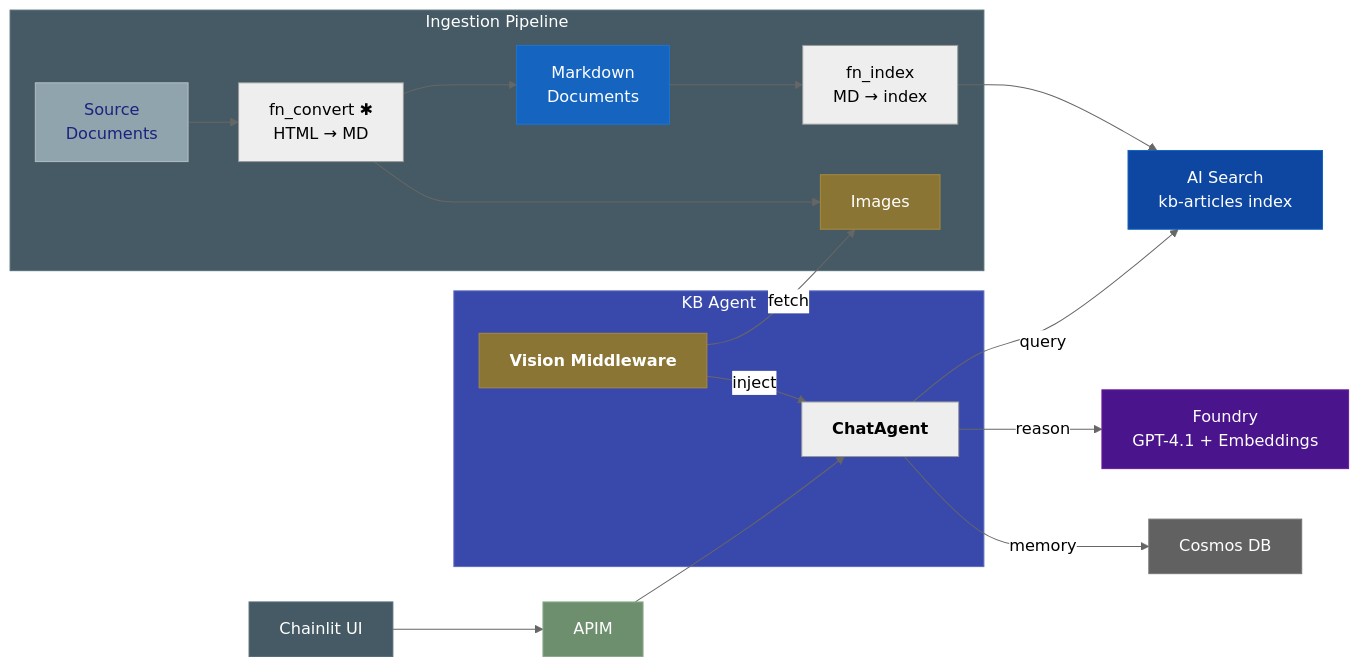
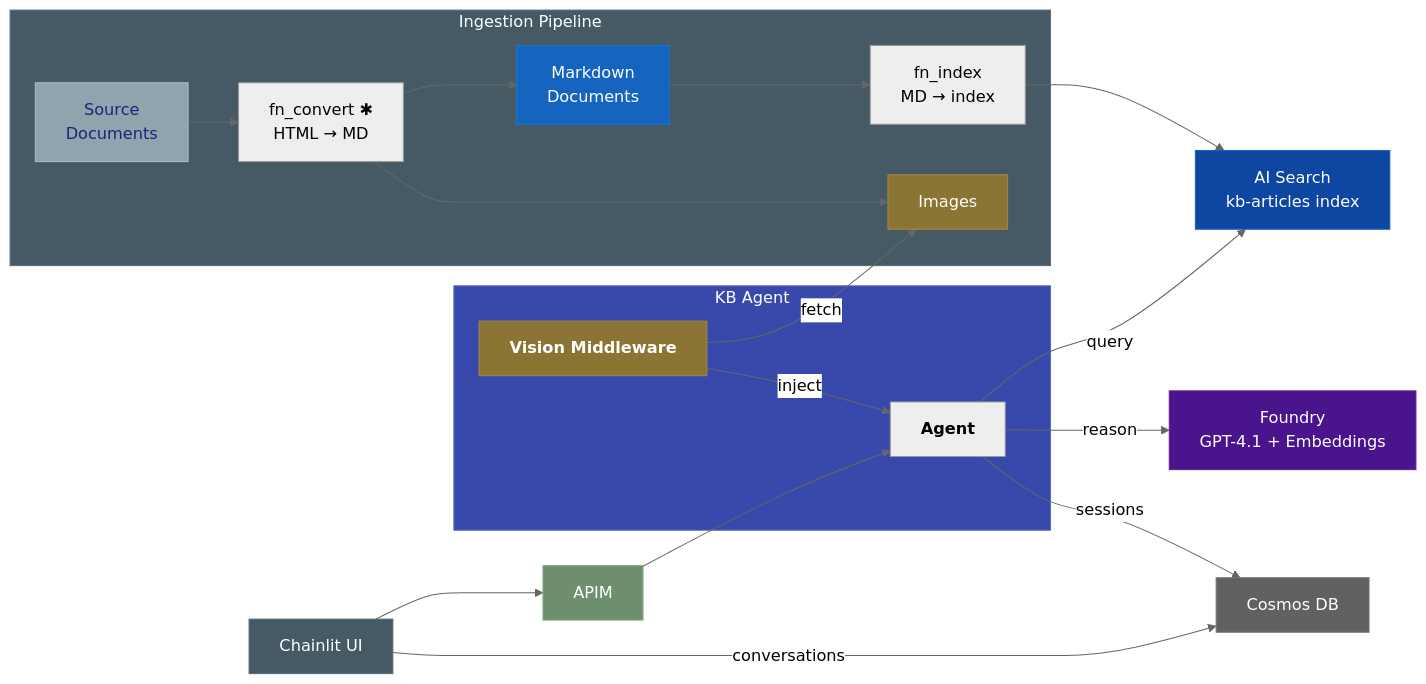
One commit to aldelar/azure-knowledge-base-ingestion changed the ninth of 9 diagrams in README.md. Above: the diagram before and after it, drawn with Mermaid (neutral theme). The commit also changed 1 other file, not shown here.

Commit message:
fix architecture diagrams

````diff
--- a/README.md
+++ b/README.md
@@ -307,34 +307,35 @@
 ```mermaid
 flowchart LR
     subgraph Pipeline["Ingestion Pipeline"]
         SA1["Source<br/>Documents"] --> CVT["fn_convert ✱<br/>HTML → MD"] --> SA2["Markdown<br/>Documents"] --> IDX["fn_index<br/>MD → index"]
         CVT --> IMG["Images"]
     end
 
     IDX --> AIS["AI Search<br/>kb-articles index"]
 
     subgraph AgentSvc["KB Agent"]
-        AGENT["<b>ChatAgent</b>"]
+        AGENT["<b>Agent</b>"]
         VIS["<b>Vision Middleware</b>"]
     end
 
     AGENT -->|query| AIS
     AGENT -->|reason| AF["Foundry<br/>GPT-4.1 + Embeddings"]
     VIS -->|fetch| IMG
     VIS -->|inject| AGENT
-    AGENT -->|memory| COSMOS["Cosmos DB"]
+    AGENT -->|sessions| COSMOS["Cosmos DB"]
 
     CHAT["Chainlit UI"] --> APIM["APIM"] --> AGENT
+    CHAT -->|conversations| COSMOS
 
     style AgentSvc fill:#3949ab,stroke:#5c6bc0,color:#ffffff
     style Pipeline fill:#455a64,stroke:#546e7a,color:#ffffff
     style APIM fill:#6d8f6d,stroke:#8aac8a,color:#ffffff
     style COSMOS fill:#616161,stroke:#757575,color:#ffffff
     style SA2 fill:#1565c0,stroke:#1976d2,color:#ffffff
     style SA1 fill:#90a4ae,stroke:#b0bec5,color:#1a237e
     style AIS fill:#0d47a1,stroke:#1565c0,color:#ffffff
     style VIS fill:#8b7535,stroke:#a6893f,color:#ffffff
     style IMG fill:#8b7535,stroke:#a6893f,color:#ffffff
     style AF fill:#4a148c,stroke:#6a1b9a,color:#ffffff
     style CHAT fill:#455a64,stroke:#546e7a,color:#ffffff
 ```
````
